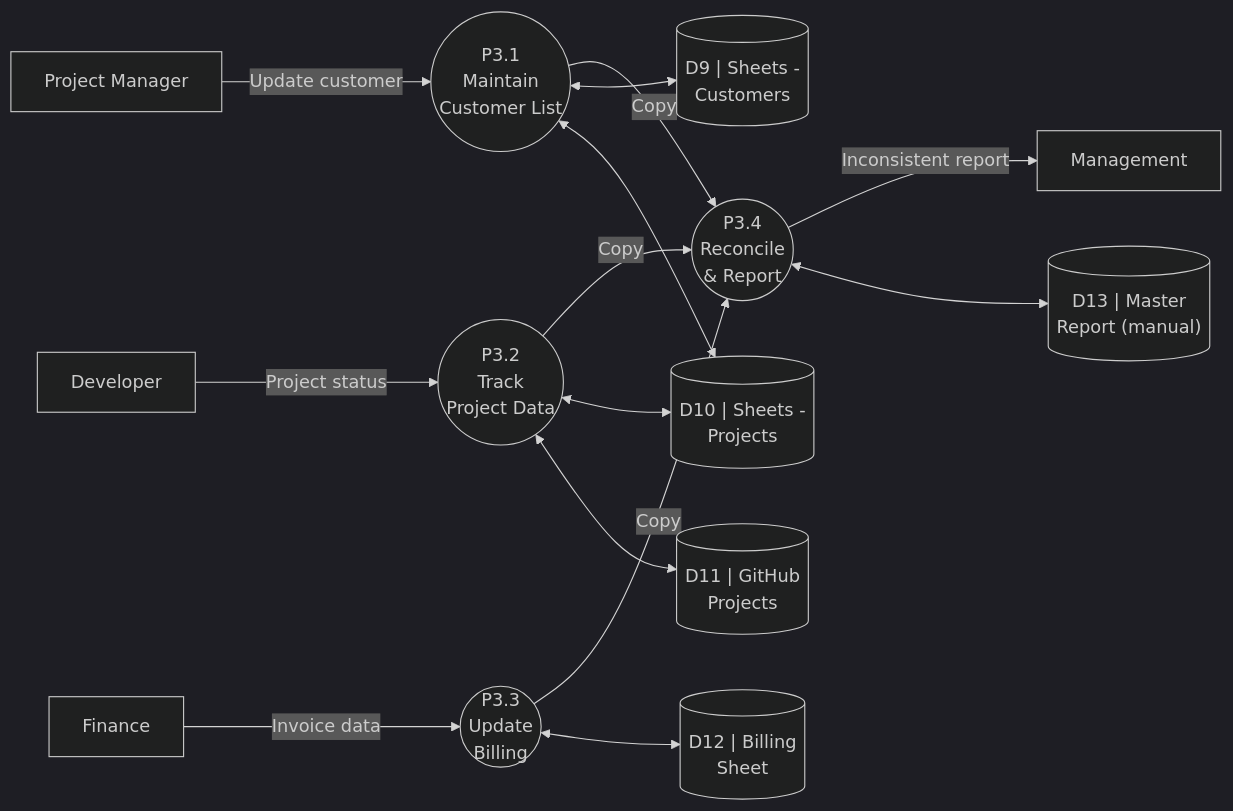
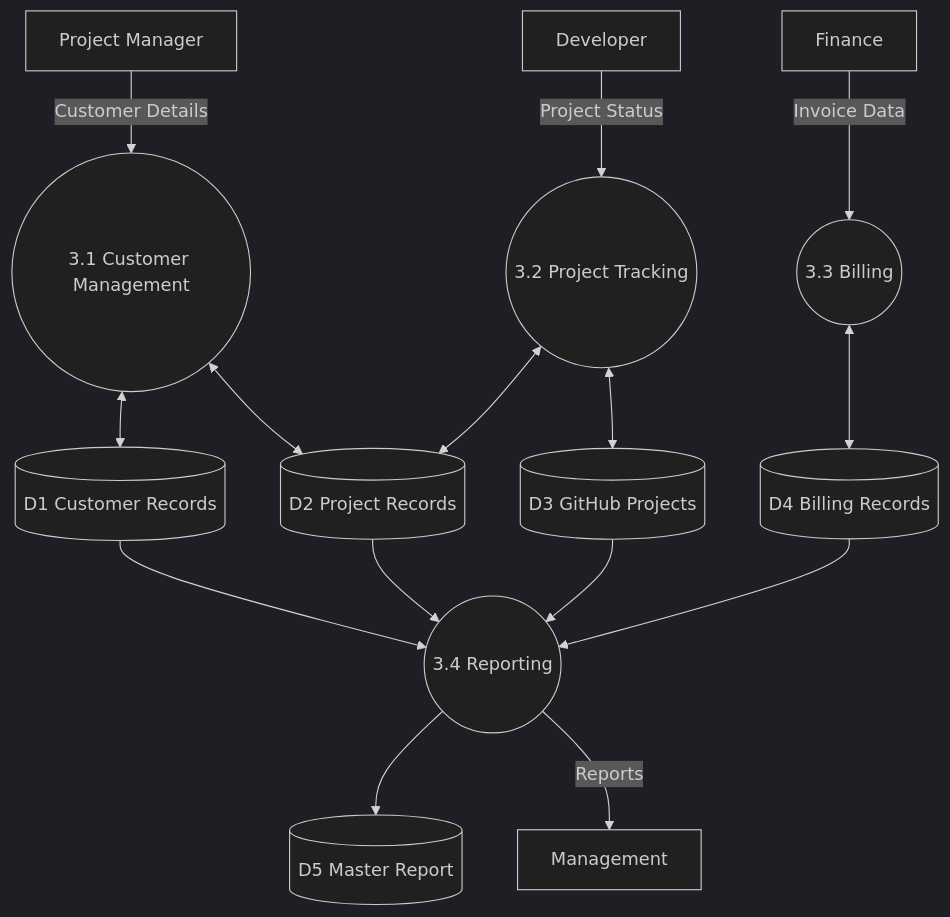
Before and after one commit to naim1405/ISAD: the fifth of 10 diagrams in diagrams_mermaid.md, drawn with Mermaid (dark theme). The commit also changed other lines of this file and 12 other files, not shown here.

Commit message:
updated diagrams

````diff
--- a/diagrams_mermaid.md
+++ b/diagrams_mermaid.md
@@ -217,29 +220,40 @@
 ```mermaid
-graph LR
-    PM["Project Manager"]
-    DEV["Developer"]
-    FIN["Finance"]
-    MGT["Management"]
-    P31(("P3.1<br/>Maintain<br/>Customer List"))
-    P32(("P3.2<br/>Track<br/>Project Data"))
-    P33(("P3.3<br/>Update<br/>Billing"))
-    P34(("P3.4<br/>Reconcile<br/>&amp; Report"))
-    D9[("D9 | Sheets -<br/>Customers")]
-    D10[("D10 | Sheets -<br/>Projects")]
-    D11[("D11 | GitHub<br/>Projects")]
-    D12[("D12 | Billing<br/>Sheet")]
-    D13[("D13 | Master<br/>Report (manual)")]
-    PM -- "Update customer" --> P31
-    DEV -- "Project status" --> P32
-    FIN -- "Invoice data" --> P33
-    P31 -- "Copy" --> P34
-    P32 -- "Copy" --> P34
-    P33 -- "Copy" --> P34
-    P34 -- "Inconsistent report" --> MGT
-    P31 <--> D9
-    P31 <--> D10
-    P32 <--> D10
-    P32 <--> D11
-    P33 <--> D12
-    P34 <--> D13
+flowchart TD
+
+    PM[Project Manager]
+    DEV[Developer]
+    FIN[Finance]
+    MGT[Management]
+
+    P31((3.1 Customer Management))
+    P32((3.2 Project Tracking))
+    P33((3.3 Billing))
+    P34((3.4 Reporting))
+
+    D1[(D1 Customer Records)]
+    D2[(D2 Project Records)]
+    D3[(D3 GitHub Projects)]
+    D4[(D4 Billing Records)]
+    D5[(D5 Master Report)]
+
+    PM -->|Customer Details| P31
+    DEV -->|Project Status| P32
+    FIN -->|Invoice Data| P33
+
+    P31 <--> D1
+    P31 <--> D2
+
+    P32 <--> D2
+    P32 <--> D3
+
+    P33 <--> D4
+
+    D1 --> P34
+    D2 --> P34
+    D3 --> P34
+    D4 --> P34
+
+    P34 --> D5
+    P34 -->|Reports| MGT
+
 ```
````
